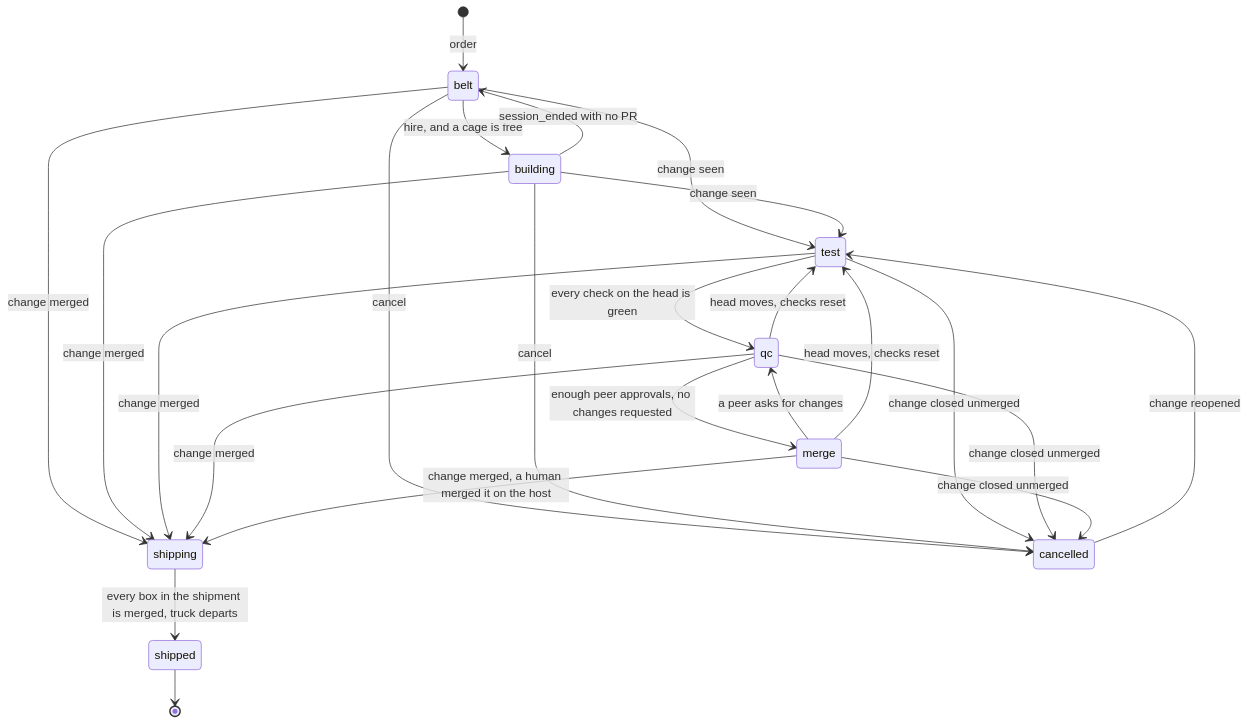
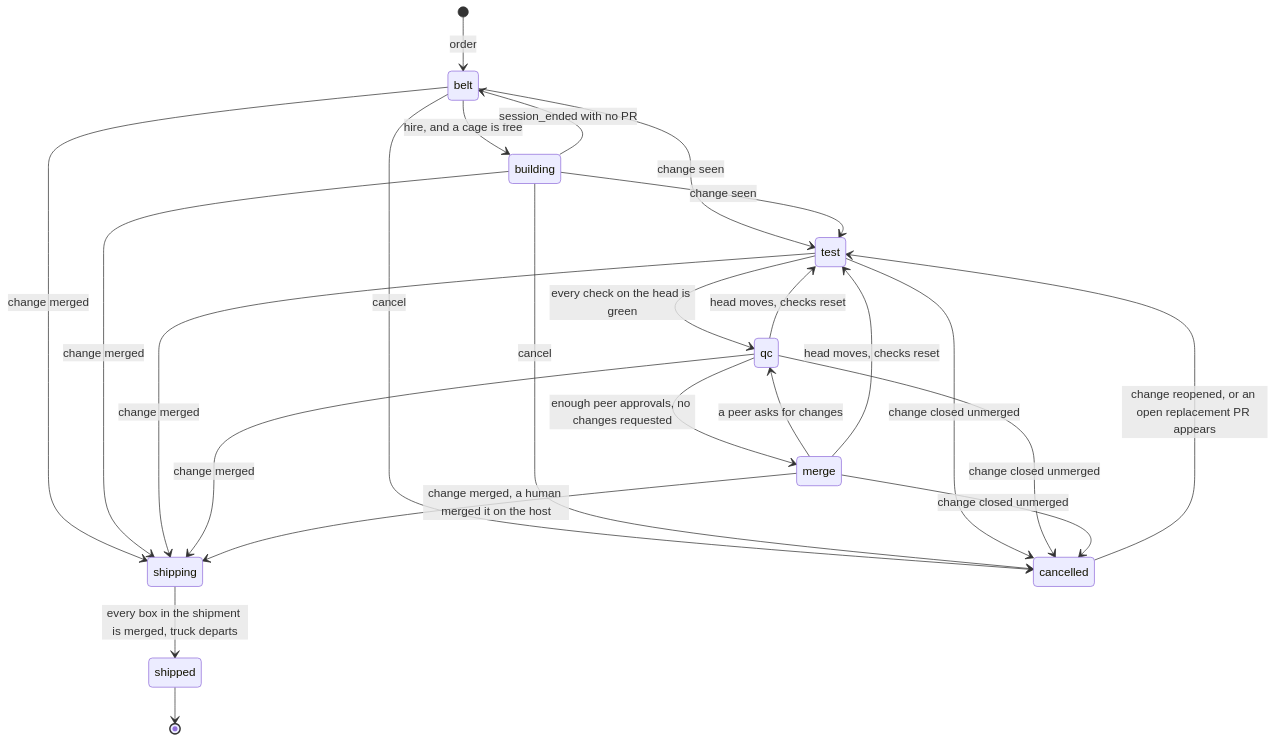
Before and after one commit to FiatFour/ai-office: the diagram in docs/lifecycle.md, drawn with Mermaid. The commit also changed other lines of this file and 18 other files, not shown here.

````diff
--- a/docs/lifecycle.md
+++ b/docs/lifecycle.md
@@ -46,26 +71,26 @@
 ```mermaid
 stateDiagram-v2
   [*] --> belt: order
   belt --> building: hire, and a cage is free
   building --> belt: session_ended with no PR
   belt --> test: change seen
   building --> test: change seen
   test --> qc: every check on the head is green
   qc --> merge: enough peer approvals, no changes requested
   merge --> qc: a peer asks for changes
   merge --> test: head moves, checks reset
   qc --> test: head moves, checks reset
   belt --> shipping: change merged
   building --> shipping: change merged
   test --> shipping: change merged
   qc --> shipping: change merged
   merge --> shipping: change merged, a human merged it on the host
   shipping --> shipped: every box in the shipment is merged, truck departs
   belt --> cancelled: cancel
   building --> cancelled: cancel
   test --> cancelled: change closed unmerged
   qc --> cancelled: change closed unmerged
   merge --> cancelled: change closed unmerged
-  cancelled --> test: change reopened
+  cancelled --> test: change reopened, or an open replacement PR appears
   shipped --> [*]
 ```
````
